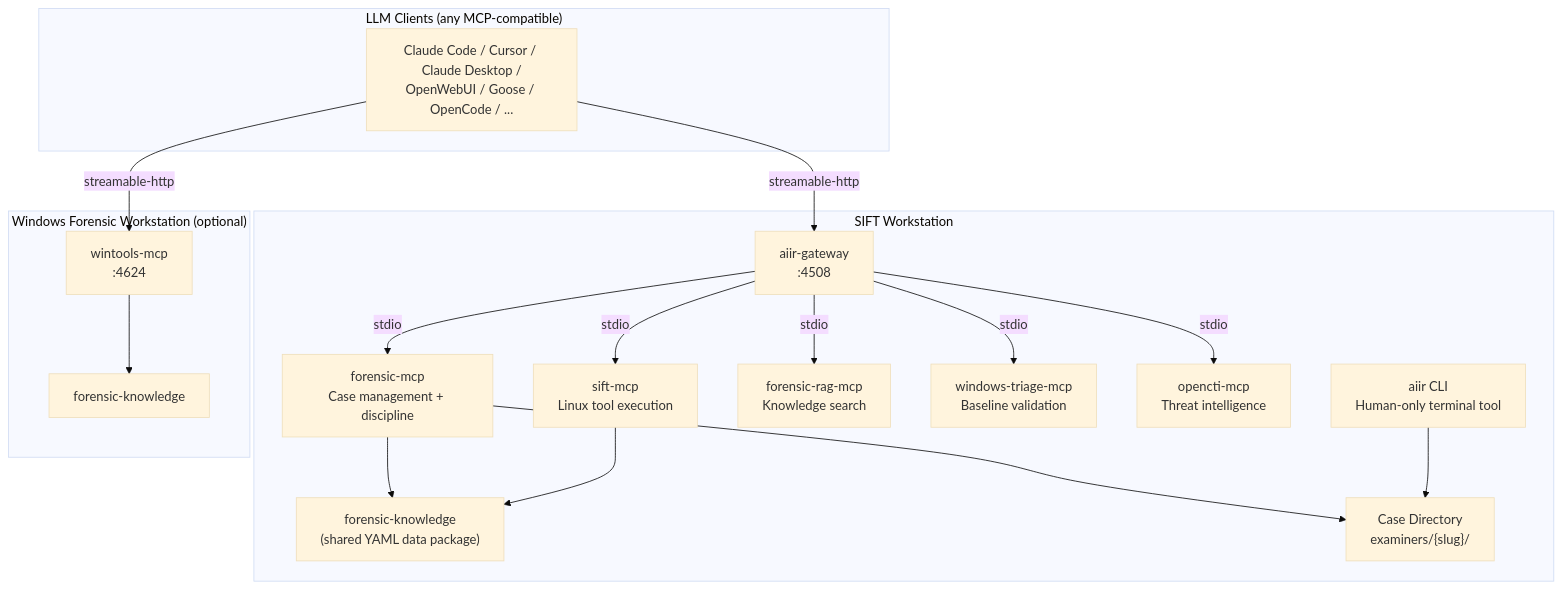
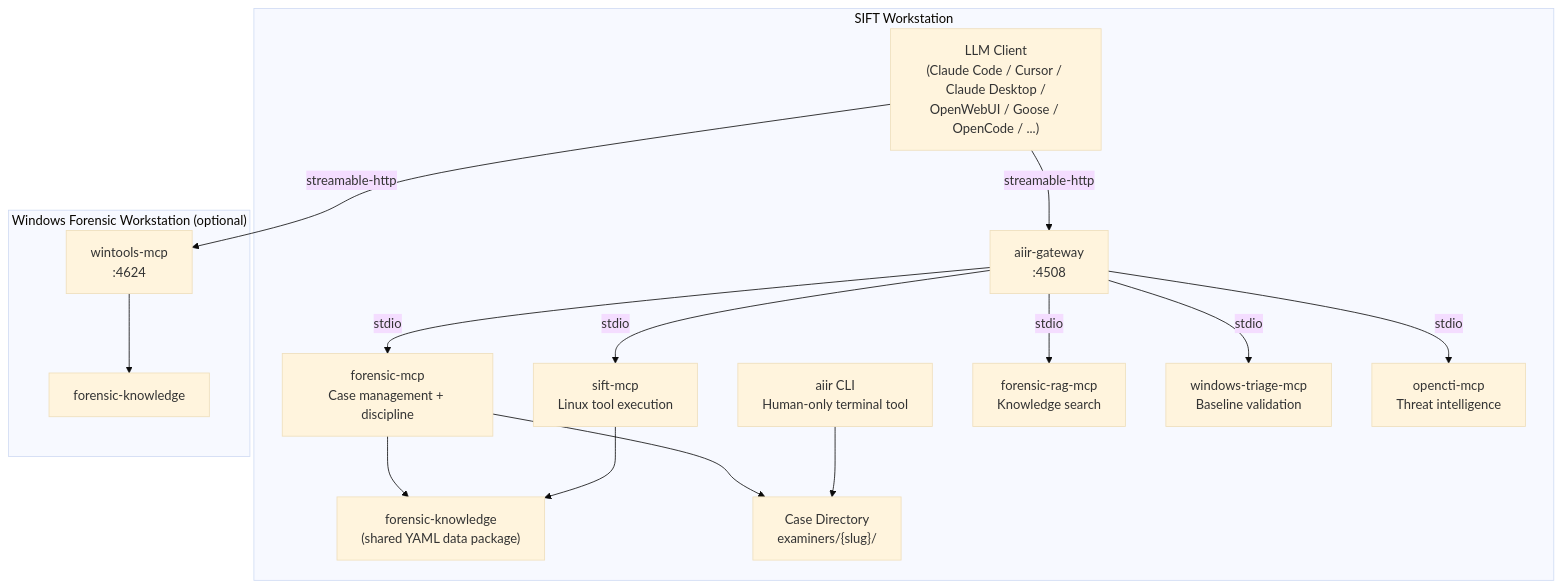
One commit to AppliedIR/aiir changed the first of 5 diagrams in README.md. Above: the diagram before and after it, drawn with Mermaid (base theme). The commit also changed other lines of this file and 1 other file, not shown here.

Commit message:
fix diagrams: LLM client and CLI co-located on SIFT, NFS/SMB for multi-examiner

````diff
--- a/README.md
+++ b/README.md
@@ -11,37 +11,34 @@
 ```mermaid
 graph TB
-    subgraph clients ["LLM Clients (any MCP-compatible)"]
-        CC["Claude Code / Cursor / Claude Desktop /<br/>OpenWebUI / Goose / OpenCode / ..."]
-    end
-
     subgraph sift ["SIFT Workstation"]
+        CC["LLM Client<br/>(Claude Code / Cursor / Claude Desktop /<br/>OpenWebUI / Goose / OpenCode / ...)"]
+        CLI["aiir CLI<br/>Human-only terminal tool"]
         GW["aiir-gateway<br/>:4508"]
         FM["forensic-mcp<br/>Case management + discipline"]
         SM["sift-mcp<br/>Linux tool execution"]
         FR["forensic-rag-mcp<br/>Knowledge search"]
         WTR["windows-triage-mcp<br/>Baseline validation"]
         OC["opencti-mcp<br/>Threat intelligence"]
         FK["forensic-knowledge<br/>(shared YAML data package)"]
         CASE["Case Directory<br/>examiners/{slug}/"]
-        CLI["aiir CLI<br/>Human-only terminal tool"]
 
+        CC -->|"streamable-http"| GW
         GW -->|stdio| FM
         GW -->|stdio| SM
         GW -->|stdio| FR
         GW -->|stdio| WTR
         GW -->|stdio| OC
         FM --> FK
         SM --> FK
         FM --> CASE
         CLI --> CASE
     end
 
     subgraph winbox ["Windows Forensic Workstation (optional)"]
         WT["wintools-mcp<br/>:4624"]
         FK2["forensic-knowledge"]
         WT --> FK2
     end
 
-    CC -->|"streamable-http"| GW
     CC -->|"streamable-http"| WT
 ```
````
